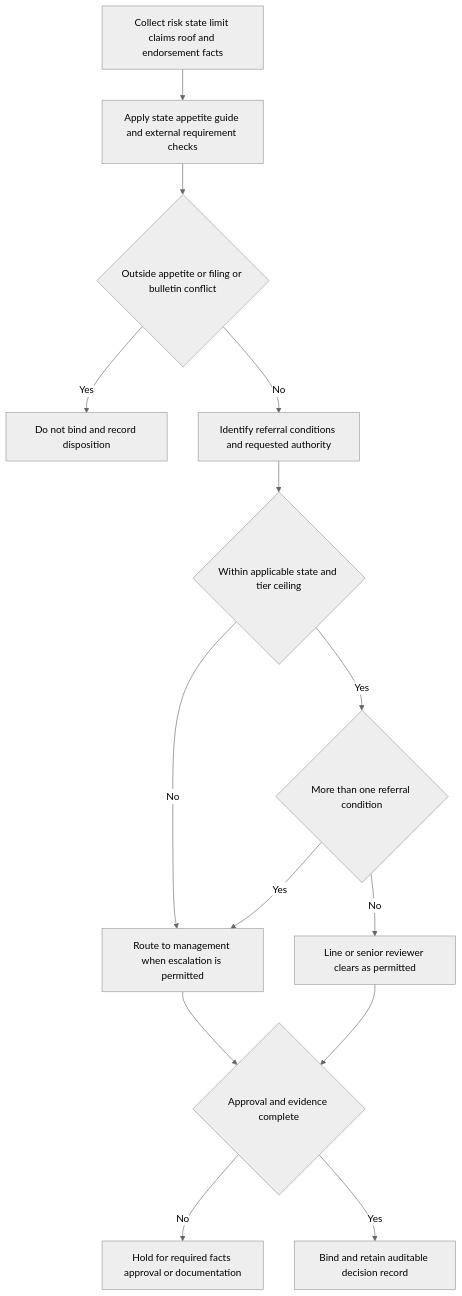
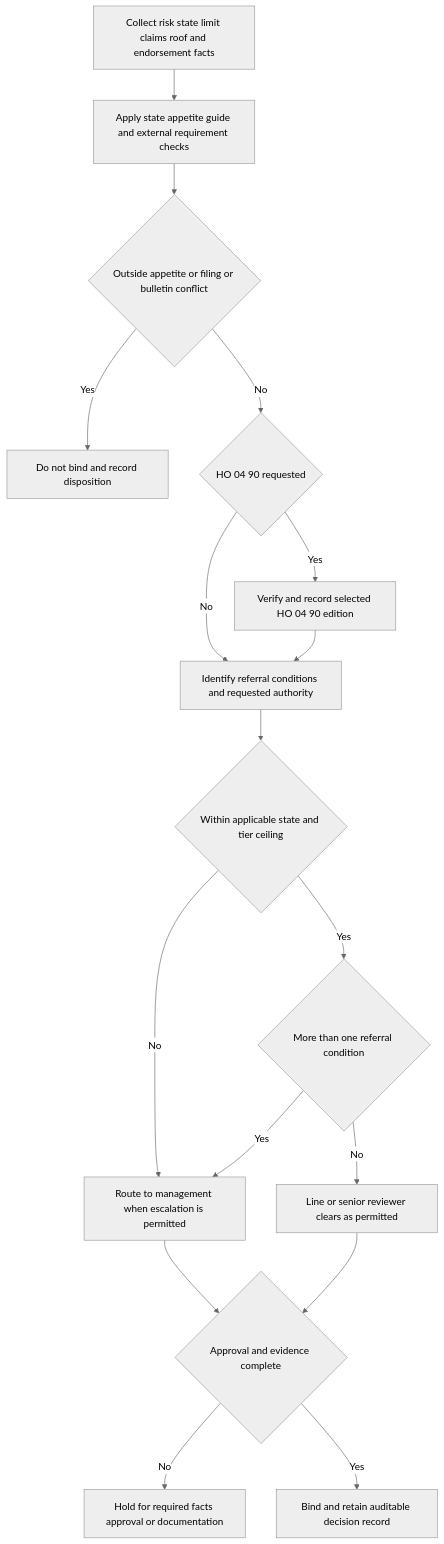
Before and after one commit to eugeneliu-86/openwiki-insurance-corpus: the diagram in openwiki/underwriting/referral-and-binding-authority.md, drawn with Mermaid (neutral theme). The commit also changed other lines of this file and 32 other files, not shown here.

````diff
--- a/openwiki/underwriting/referral-and-binding-authority.md
+++ b/openwiki/underwriting/referral-and-binding-authority.md
@@ -52,16 +54,19 @@
 ```mermaid
 flowchart TD
     Intake["Collect risk state limit claims roof and endorsement facts"] --> StateGuide["Apply state appetite guide and external requirement checks"]
     StateGuide --> HardStop{"Outside appetite or filing or bulletin conflict"}
     HardStop -- Yes --> NoBind["Do not bind and record disposition"]
-    HardStop -- No --> Triggers["Identify referral conditions and requested authority"]
+    HardStop -- No --> WaterRequest{"HO 04 90 requested"}
+    WaterRequest -- No --> Triggers["Identify referral conditions and requested authority"]
+    WaterRequest -- Yes --> Edition["Verify and record selected HO 04 90 edition"]
+    Edition --> Triggers
     Triggers --> Limit{"Within applicable state and tier ceiling"}
     Limit -- No --> Management["Route to management when escalation is permitted"]
     Limit -- Yes --> Count{"More than one referral condition"}
     Count -- Yes --> Management
     Count -- No --> Authority["Line or senior reviewer clears as permitted"]
     Management --> Complete{"Approval and evidence complete"}
     Authority --> Complete
     Complete -- No --> Hold["Hold for required facts approval or documentation"]
     Complete -- Yes --> Bind["Bind and retain auditable decision record"]
 ```
````
